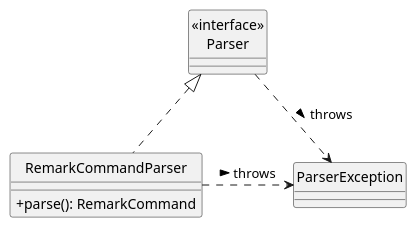
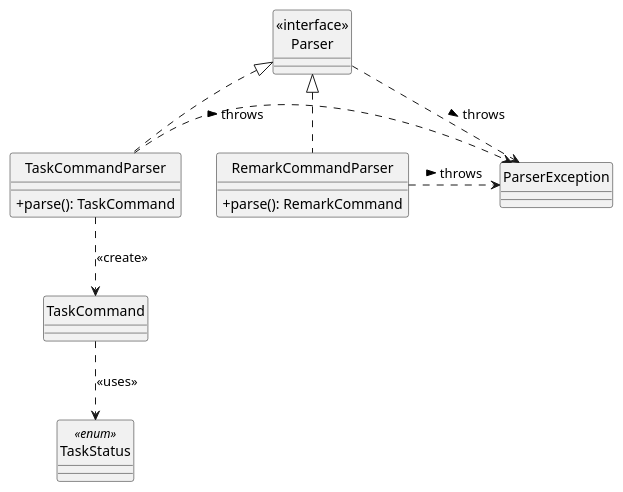
The diagram in diagrams/add-remark/ParserClass.puml (bkkuan/tp), drawn with PlantUML before and after one commit. The commit also changed 41 other files, not shown here.

```diff
--- a/diagrams/add-remark/ParserClass.puml
+++ b/diagrams/add-remark/ParserClass.puml
@@ -1,14 +1,26 @@
 @startuml
 hide circle
 skinparam classAttributeIconSize 0
 
 Class "<<interface>>\nParser" as Parser
 Class RemarkCommandParser {
   +parse(): RemarkCommand
 }
+
+Class TaskCommandParser {
+  +parse(): TaskCommand
+}
+
 Class ParserException
+Class TaskCommand
+Class TaskStatus <<enum>>
+
+TaskCommandParser .up.|> Parser
+TaskCommandParser .right.> ParserException : throws >
+TaskCommandParser .down.> TaskCommand : <<create>>
+TaskCommand .down.> TaskStatus : <<uses>>
 
 RemarkCommandParser .up.|> Parser
 Parser .right.> ParserException: throws >
 RemarkCommandParser .right.> ParserException: throws >
 @enduml
```
